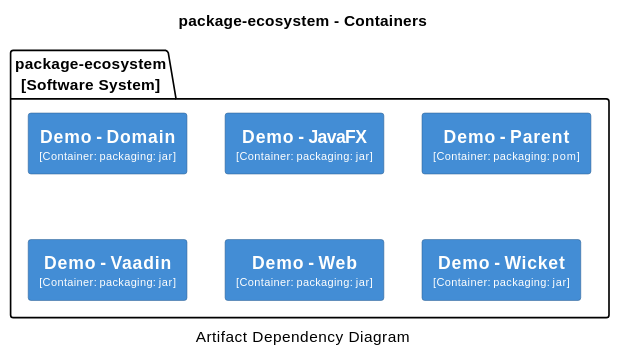
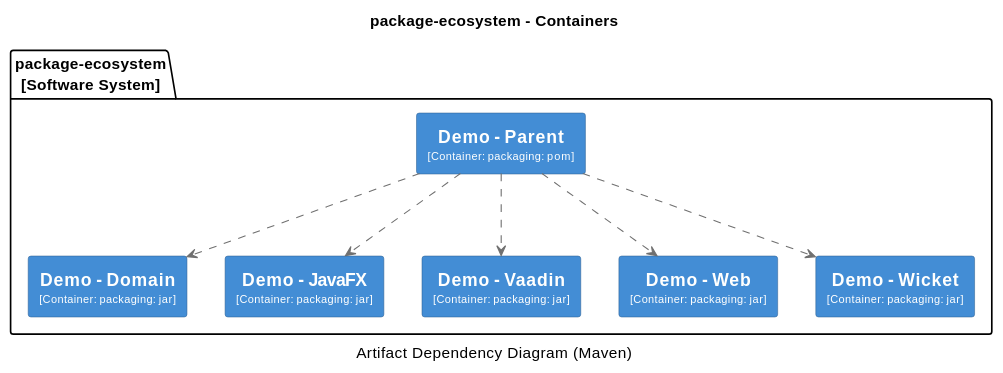
One commit to apache/causeway changed diagram 16 of 18 in antora/components/system/modules/ROOT/pages/about.adoc. Above: the diagram before and after it, drawn with PlantUML. The commit also changed other lines of this file and 2 other files, not shown here.

Commit message:
ISIS-2437: add relations to c4 diagrams (System Overview)

```diff
--- a/antora/components/system/modules/ROOT/pages/about.adoc
+++ b/antora/components/system/modules/ROOT/pages/about.adoc
@@ -3611,54 +3737,59 @@
 [plantuml,Examples,svg]
 ----
 @startuml(id=Examples)
 title package-ecosystem - Containers
-caption Artifact Dependency Diagram
+caption Artifact Dependency Diagram (Maven)
 
 skinparam {
   shadowing false
   arrowFontSize 10
   defaultTextAlignment center
   wrapWidth 200
   maxMessageSize 100
 }
 hide stereotype
 skinparam rectangle<<2>> {
   BackgroundColor #438dd5
   FontColor #fffffe
   BorderColor #2E6295
 }
 skinparam rectangle<<3>> {
   BackgroundColor #438dd5
   FontColor #fffffe
   BorderColor #2E6295
 }
 skinparam rectangle<<4>> {
   BackgroundColor #438dd5
   FontColor #fffffe
   BorderColor #2E6295
 }
 skinparam rectangle<<5>> {
   BackgroundColor #438dd5
   FontColor #fffffe
   BorderColor #2E6295
 }
 skinparam rectangle<<6>> {
   BackgroundColor #438dd5
   FontColor #fffffe
   BorderColor #2E6295
 }
 skinparam rectangle<<7>> {
   BackgroundColor #438dd5
   FontColor #fffffe
   BorderColor #2E6295
 }
 package "package-ecosystem\n[Software System]" {
   rectangle "==Demo - Domain\n<size:10>[Container: packaging: jar]</size>" <<3>> as 3
   rectangle "==Demo - JavaFX\n<size:10>[Container: packaging: jar]</size>" <<4>> as 4
   rectangle "==Demo - Parent\n<size:10>[Container: packaging: pom]</size>" <<2>> as 2
   rectangle "==Demo - Vaadin\n<size:10>[Container: packaging: jar]</size>" <<5>> as 5
   rectangle "==Demo - Web\n<size:10>[Container: packaging: jar]</size>" <<6>> as 6
   rectangle "==Demo - Wicket\n<size:10>[Container: packaging: jar]</size>" <<7>> as 7
 }
+2 .[#707070].> 3 : ""
+2 .[#707070].> 4 : ""
+2 .[#707070].> 5 : ""
+2 .[#707070].> 6 : ""
+2 .[#707070].> 7 : ""
 @enduml
 ----
```
